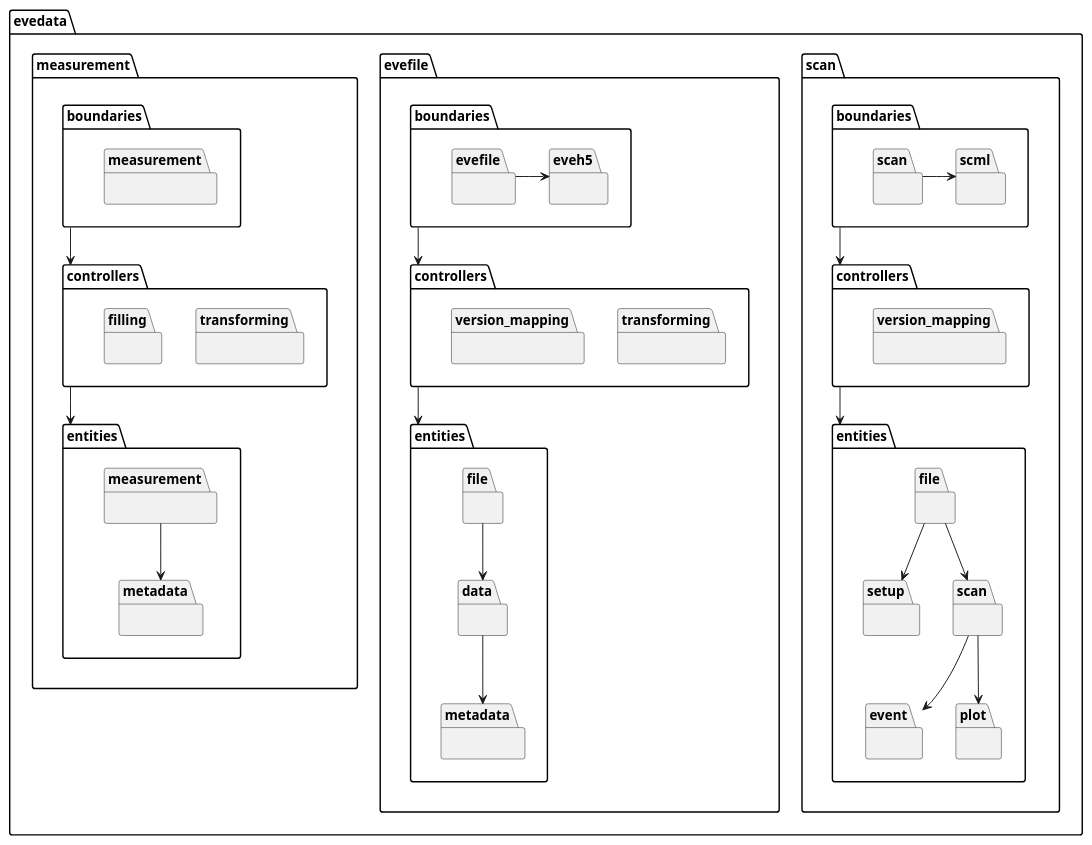
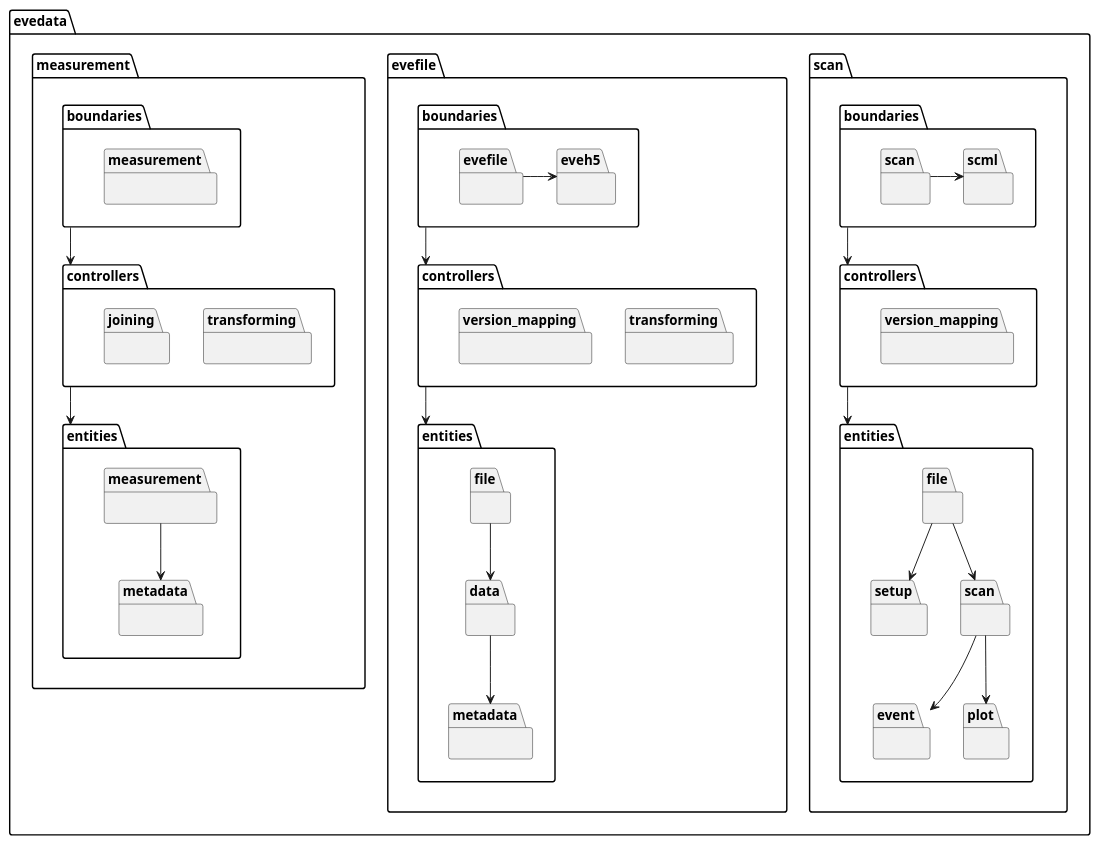
The diagram in docs/uml/evedata-functional-layers.puml (tillbiskup/evedata), drawn with PlantUML before and after one commit. The commit also changed 3 other files, not shown here.

Commit message:
Change filling to joining in schemata

```diff
--- a/docs/uml/evedata-functional-layers.puml
+++ b/docs/uml/evedata-functional-layers.puml
@@ -1,79 +1,79 @@
 @startuml
 'skinparam dpi 150
 
 package evedata {
     package evedata.scan {
         package evedata.scan.boundaries {
             package scan {}
             package scml {}
             scan -> scml
         }
         package evedata.scan.controllers {
             package version_mapping {}
         }
         package evedata.scan.entities {
             package file {
             }
             package setup {
             }
             package scan {
             }
             package event {
             }
             package plot {
             }
 
             file -down-> setup
             file -down-> scan
             scan -down-> event
             scan -down-> plot
         }
         evedata.scan.boundaries --> evedata.scan.controllers
         evedata.scan.controllers --> evedata.scan.entities
     }
 
     package evedata.evefile {
         package evedata.evefile.boundaries {
             package evefile {}
             package eveh5 {}
             evefile -> eveh5
         }
         package evedata.evefile.controllers {
             package transforming {}
             package version_mapping {}
         }
         package evedata.evefile.entities {
             package evedata.evefile.entities.file {
             }
             package evedata.evefile.entities.data {
             }
             package evedata.evefile.entities.metadata {
             }
             file -down-> data
             data -down-> metadata
 
         }
         evedata.evefile.boundaries --> evedata.evefile.controllers
         evedata.evefile.controllers --> evedata.evefile.entities
     }
 
     package evedata.measurement {
         package evedata.measurement.boundaries {
             package measurement {}
         }
         package evedata.measurement.controllers {
             package transforming {}
-            package filling {}
+            package joining {}
         }
         package evedata.measurement.entities {
             package measurement {}
             package metadata {}
             measurement -down-> metadata
         }
 
         evedata.measurement.boundaries --> evedata.measurement.controllers
         evedata.measurement.controllers --> evedata.measurement.entities
     }
 }
 
 @enduml
```
